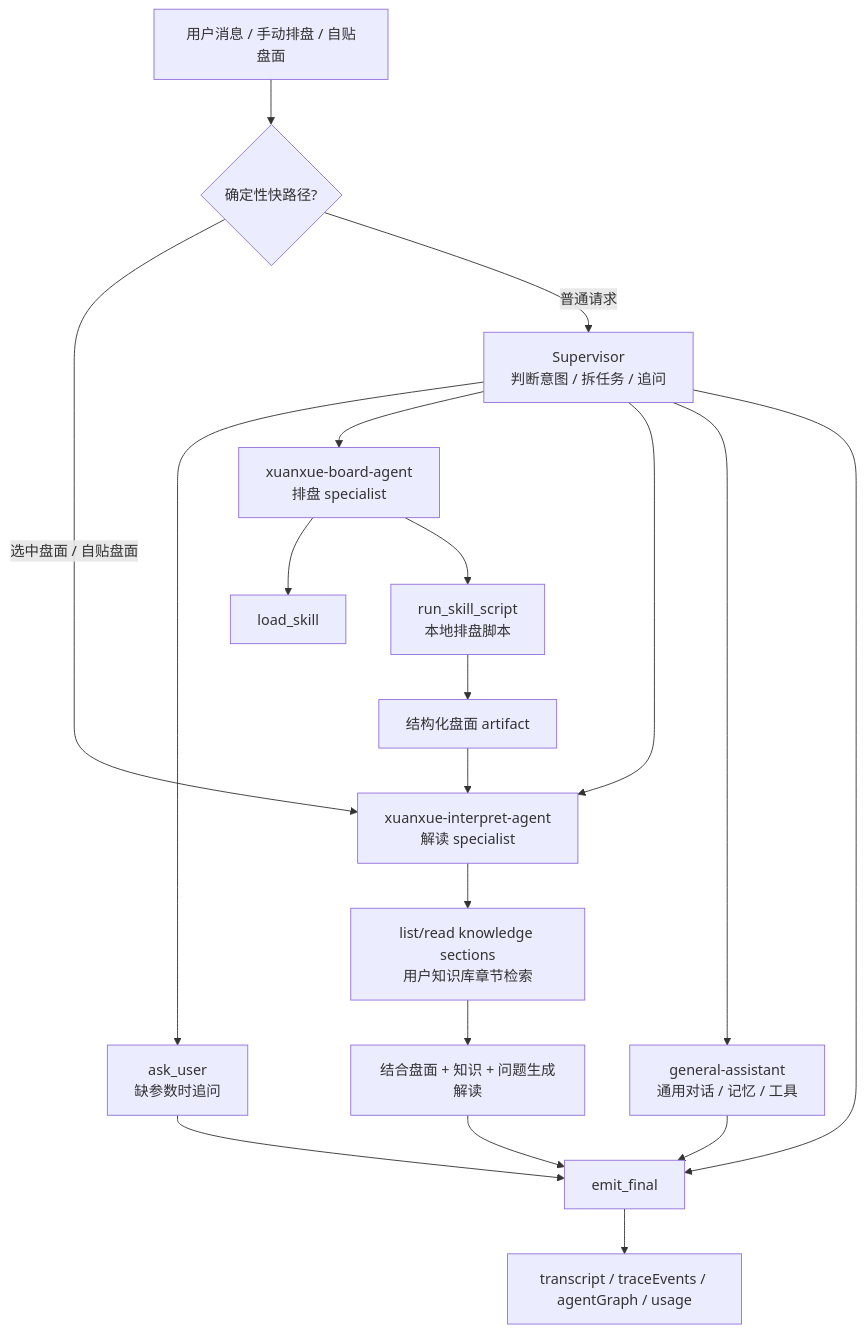
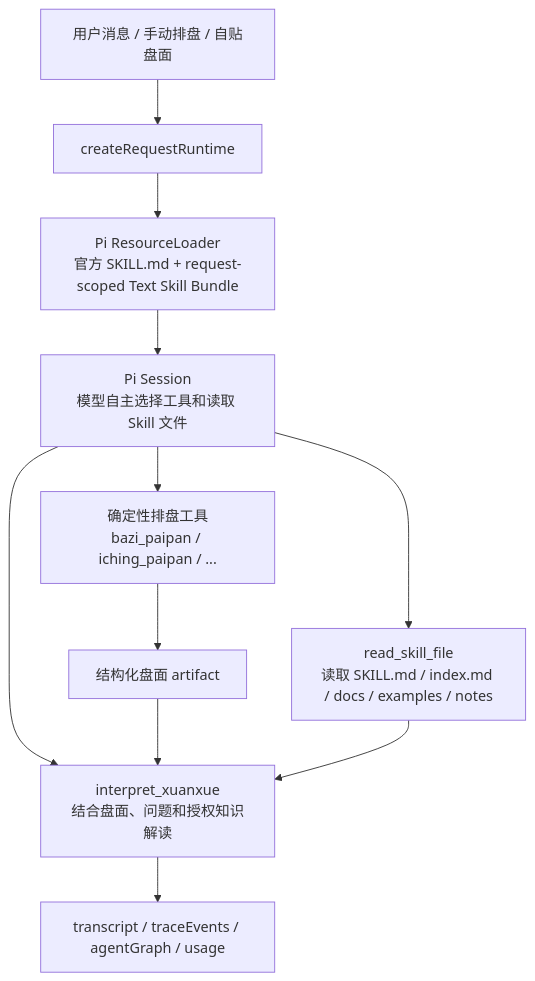
The second of 3 diagrams in README.md (Coaixy/FateClaw), drawn with Mermaid before and after one commit. The commit also changed other lines of this file and 127 other files, not shown here.

First line of the commit message:
refactor agent runtime to Pi skill bundles

````diff
--- a/README.md
+++ b/README.md
@@ -84,27 +84,13 @@
 ```mermaid
 flowchart TD
-  UserMsg["用户消息 / 手动排盘 / 自贴盘面"] --> Precheck{"确定性快路径?"}
-
-  Precheck -->|选中盘面 / 自贴盘面| Interpret["xuanxue-interpret-agent<br/>解读 specialist"]
-  Precheck -->|普通请求| Supervisor["Supervisor<br/>判断意图 / 拆任务 / 追问"]
-
-  Supervisor --> AskUser["ask_user<br/>缺参数时追问"]
-  Supervisor --> Board["xuanxue-board-agent<br/>排盘 specialist"]
-  Supervisor --> Interpret
-  Supervisor --> General["general-assistant<br/>通用对话 / 记忆 / 工具"]
-  Supervisor --> Final["emit_final"]
-
-  Board --> LoadSkill["load_skill"]
-  Board --> RunSkill["run_skill_script<br/>本地排盘脚本"]
-  RunSkill --> Artifact["结构化盘面 artifact"]
+  UserMsg["用户消息 / 手动排盘 / 自贴盘面"] --> Runtime["createRequestRuntime"]
+  Runtime --> Loader["Pi ResourceLoader<br/>官方 SKILL.md + request-scoped Text Skill Bundle"]
+  Loader --> Session["Pi Session<br/>模型自主选择工具和读取 Skill 文件"]
+  Session --> Board["确定性排盘工具<br/>bazi_paipan / iching_paipan / ..."]
+  Session --> ReadSkill["read_skill_file<br/>读取 SKILL.md / index.md / docs / examples / notes"]
+  Session --> Interpret["interpret_xuanxue<br/>结合盘面、问题和授权知识解读"]
+  Board --> Artifact["结构化盘面 artifact"]
   Artifact --> Interpret
-
-  Interpret --> Knowledge["list/read knowledge sections<br/>用户知识库章节检索"]
-  Knowledge --> Interpretation["结合盘面 + 知识 + 问题生成解读"]
-
-  General --> Final
-  Interpretation --> Final
-  AskUser --> Final
-
-  Final --> Trace["transcript / traceEvents / agentGraph / usage"]
+  Interpret --> Trace["transcript / traceEvents / agentGraph / usage"]
+  ReadSkill --> Interpret
 ```
````
